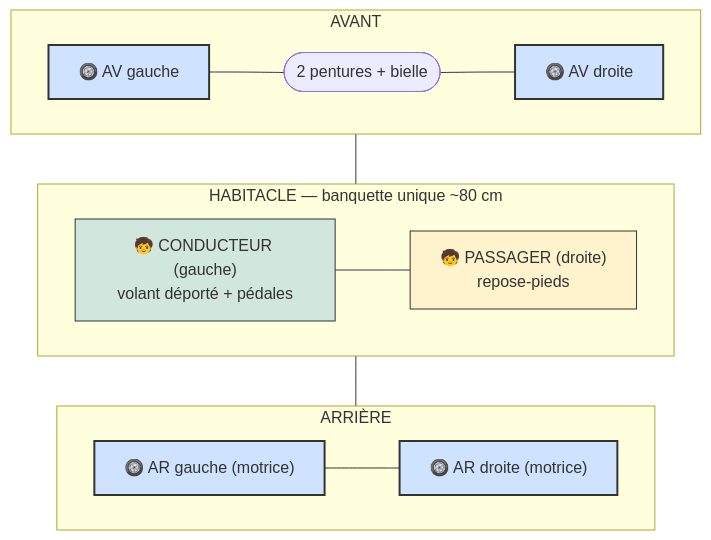
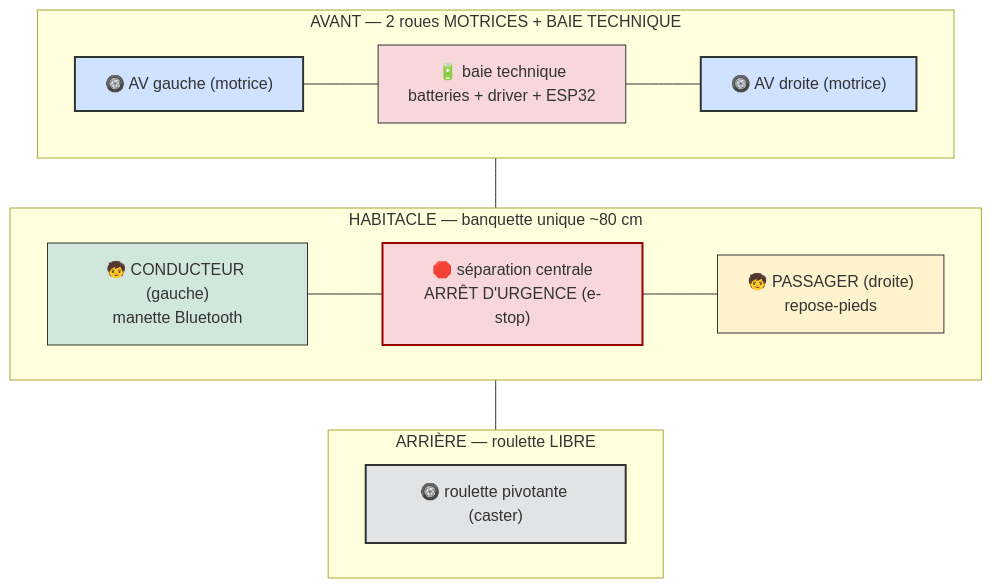
The third of 10 diagrams in README.md (pinkymaxou/powered-soapbox-car), drawn with Mermaid before and after one commit. The commit also changed other lines of this file and 23 other files, not shown here.

First line of the commit message:
Kart à entraînement différentiel : moteurs avant + manette Bluetooth

````diff
--- a/README.md
+++ b/README.md
@@ -158,27 +162,32 @@
 ```mermaid
 flowchart TB
-    subgraph AV["AVANT"]
-        RAVG["🛞 AV gauche"]
-        PIV(["2 pentures + bielle"])
-        RAVD["🛞 AV droite"]
-        RAVG --- PIV --- RAVD
+    subgraph AV["AVANT — 2 roues MOTRICES + BAIE TECHNIQUE"]
+        RAVG["🛞 AV gauche (motrice)"]
+        BAY["🔋 baie technique<br/>batteries + driver + ESP32"]
+        RAVD["🛞 AV droite (motrice)"]
+        RAVG --- BAY --- RAVD
     end
     subgraph HAB["HABITACLE — banquette unique ~80 cm"]
-        COND["🧒 CONDUCTEUR (gauche)<br/>volant déporté + pédales"]
+        COND["🧒 CONDUCTEUR (gauche)<br/>manette Bluetooth"]
+        SEP["🛑 séparation centrale<br/>ARRÊT D'URGENCE (e-stop)"]
         PASS["🧒 PASSAGER (droite)<br/>repose-pieds"]
-        COND --- PASS
+        COND --- SEP --- PASS
     end
-    subgraph AR["ARRIÈRE"]
-        RARG["🛞 AR gauche (motrice)"]
-        RARD["🛞 AR droite (motrice)"]
-        RARG --- RARD
+    subgraph AR["ARRIÈRE — roulette LIBRE"]
+        RARC["🛞 roulette pivotante (caster)"]
     end
     AV --- HAB --- AR
 
     classDef wheel fill:#cfe2ff,stroke:#333,stroke-width:2px;
+    classDef caster fill:#e2e3e5,stroke:#333,stroke-width:2px;
     classDef drv fill:#d1e7dd,stroke:#333;
     classDef pas fill:#fff3cd,stroke:#333;
-    class RAVG,RAVD,RARG,RARD wheel;
+    classDef elec fill:#f8d7da,stroke:#333;
+    classDef estop fill:#f8d7da,stroke:#900,stroke-width:2px;
+    class RAVG,RAVD wheel;
+    class RARC caster;
     class COND drv;
     class PASS pas;
+    class BAY elec;
+    class SEP estop;
 ```
````
